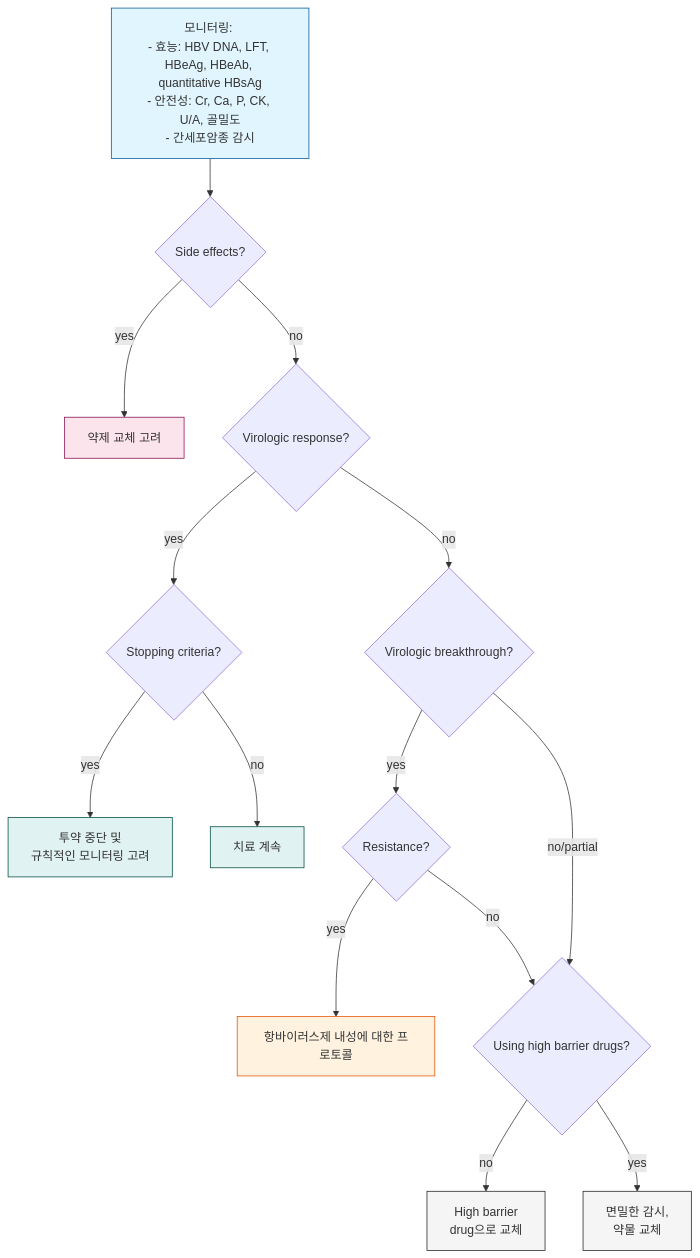
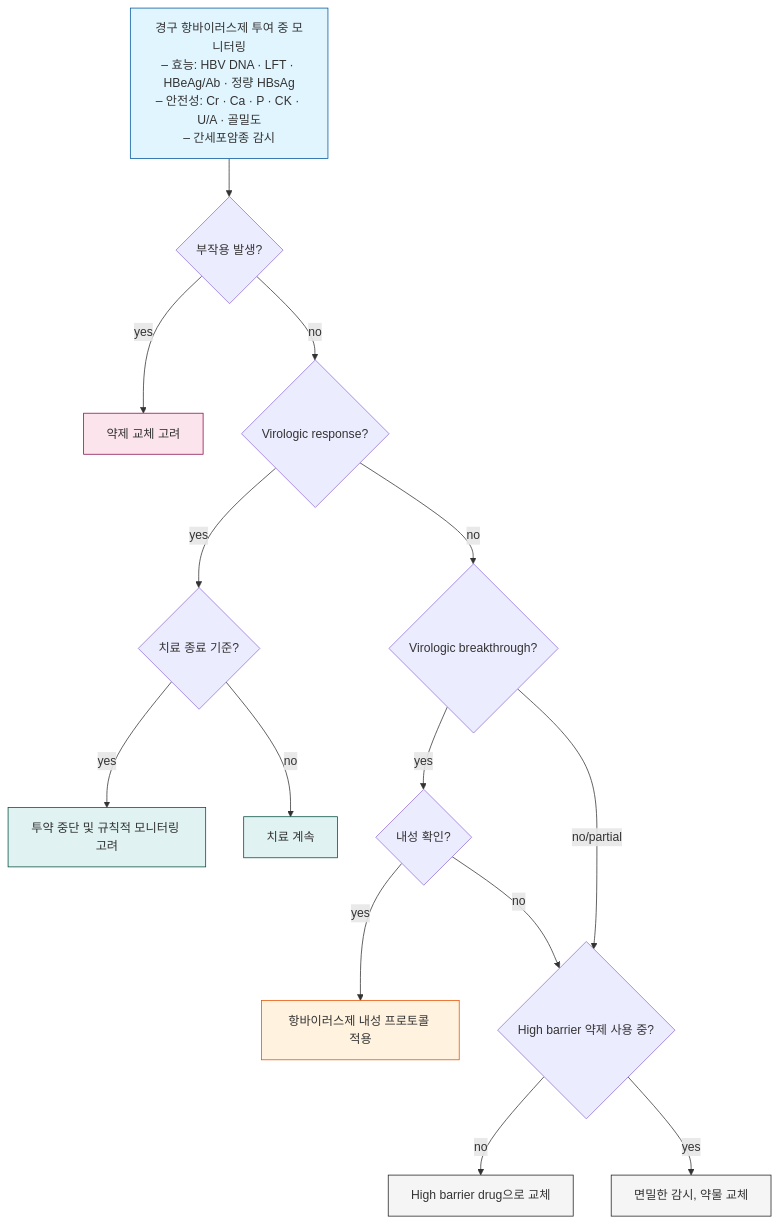
The third of 4 diagrams in 224_/091_b-hepatitis-b-viral-infection.md (familyoh77/familyoh77), drawn with Mermaid before and after one commit. The commit also changed other lines of this file, not shown here.

````diff
--- a/224_/091_b-hepatitis-b-viral-infection.md
+++ b/224_/091_b-hepatitis-b-viral-infection.md
@@ -253,46 +367,38 @@
 ```mermaid
 flowchart TD
-    %% 노드 정의
-    A[모니터링: <br/>- 효능: HBV DNA, LFT, HBeAg, HBeAb, quantitative HBsAg<br/>- 안전성: Cr, Ca, P, CK, U/A, 골밀도<br/>- 간세포암종 감시]
-    B{Side effects?}
+    A[경구 항바이러스제 투여 중 모니터링\n– 효능: HBV DNA · LFT · HBeAg/Ab · 정량 HBsAg\n– 안전성: Cr · Ca · P · CK · U/A · 골밀도\n– 간세포암종 감시]
+    B{부작용 발생?}
     C[약제 교체 고려]
     D{Virologic response?}
-    E{Stopping criteria?}
+    E{치료 종료 기준?}
     F{Virologic breakthrough?}
-    G{Resistance?}
-    H{Using high barrier drugs?}
-    I[투약 중단 및<br/>규칙적인 모니터링 고려]
+    G{내성 확인?}
+    H{High barrier 약제 사용 중?}
+    I[투약 중단 및 규칙적 모니터링 고려]
     J[치료 계속]
-    K[항바이러스제 내성에 대한 프로토콜]
-    L[High barrier<br/>drug으로 교체]
-    M[면밀한 감시,<br/>약물 교체]
+    K[항바이러스제 내성 프로토콜 적용]
+    L[High barrier drug으로 교체]
+    M[면밀한 감시, 약물 교체]
 
-    %% 연결
     A --> B
     B -- yes --> C
     B -- no --> D
-    
     D -- yes --> E
     E -- yes --> I
     E -- no --> J
-    
     D -- no --> F
-    
     F -- yes --> G
     G -- yes --> K
     G -- no --> H
-    
     F -- no/partial --> H
-    
     H -- no --> L
     H -- yes --> M
 
-    %% 스타일링
     style A fill:#e1f5fe,stroke:#01579b
     style C fill:#fce4ec,stroke:#880e4f
     style I fill:#e0f2f1,stroke:#004d40
     style J fill:#e0f2f1,stroke:#004d40
     style K fill:#fff3e0,stroke:#e65100
     style L fill:#f5f5f5,stroke:#212121
     style M fill:#f5f5f5,stroke:#212121
 ```
````
